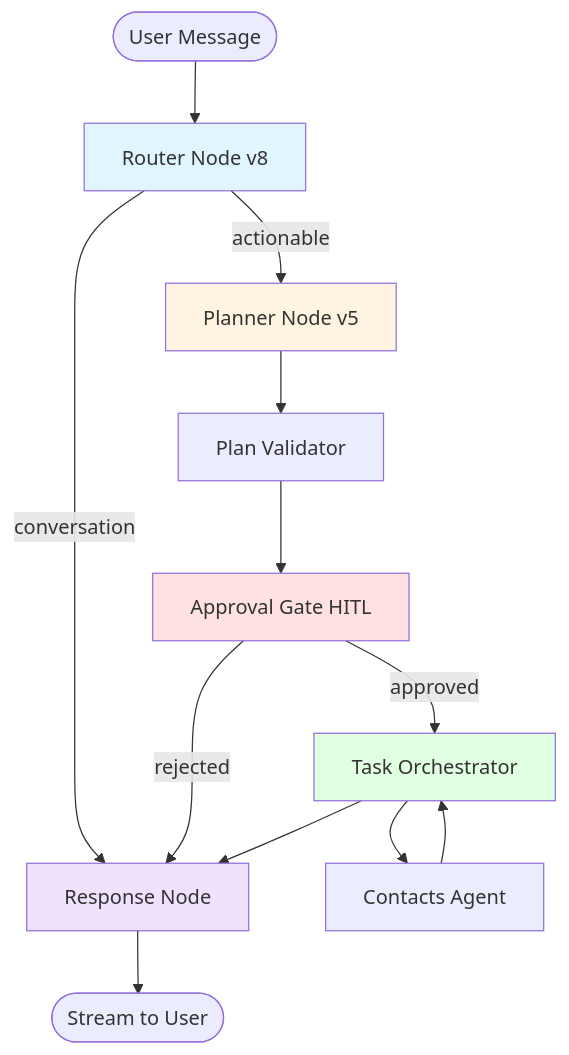
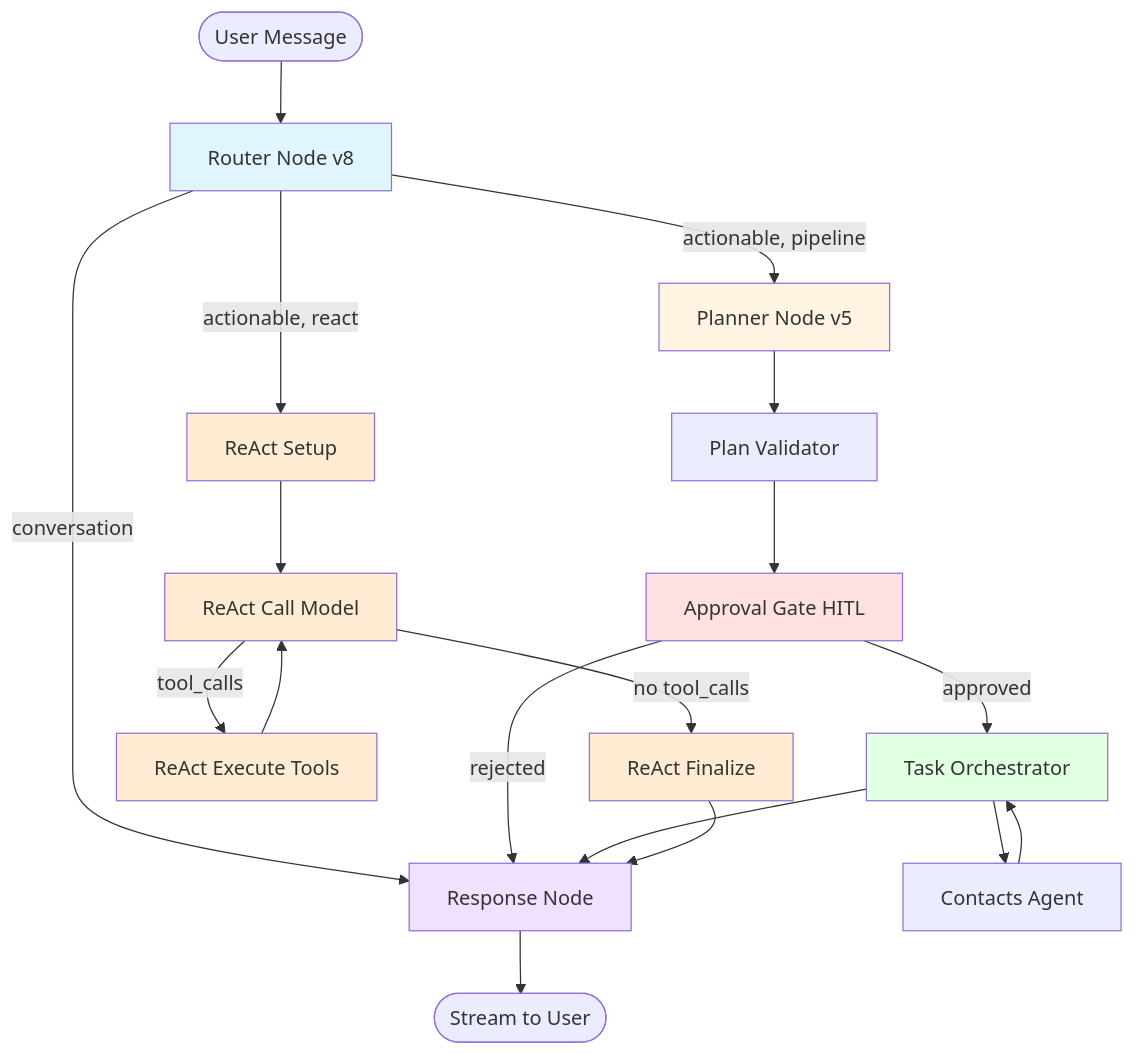
One commit to jgouviergmail/LIA-Assistant changed the diagram in docs/technical/GRAPH_AND_AGENTS_ARCHITECTURE.md. Above: the diagram before and after it, drawn with Mermaid. The commit also changed other lines of this file and 81 other files, not shown here.

````diff
--- a/docs/technical/GRAPH_AND_AGENTS_ARCHITECTURE.md
+++ b/docs/technical/GRAPH_AND_AGENTS_ARCHITECTURE.md
@@ -124,25 +124,37 @@
 ```mermaid
 graph TD
     START([User Message]) --> ROUTER[Router Node v8]
 
     ROUTER -->|conversation| RESPONSE[Response Node]
-    ROUTER -->|actionable| PLANNER[Planner Node v5]
+    ROUTER -->|actionable, pipeline| PLANNER[Planner Node v5]
+    ROUTER -->|actionable, react| REACT_SETUP[ReAct Setup]
 
     PLANNER --> VALIDATOR[Plan Validator]
     VALIDATOR --> APPROVAL[Approval Gate HITL]
 
     APPROVAL -->|approved| ORCHESTRATOR[Task Orchestrator]
     APPROVAL -->|rejected| RESPONSE
 
     ORCHESTRATOR --> CONTACTS[Contacts Agent]
     CONTACTS --> ORCHESTRATOR
 
     ORCHESTRATOR --> RESPONSE
+
+    REACT_SETUP --> REACT_LLM[ReAct Call Model]
+    REACT_LLM -->|tool_calls| REACT_TOOLS[ReAct Execute Tools]
+    REACT_LLM -->|no tool_calls| REACT_FIN[ReAct Finalize]
+    REACT_TOOLS --> REACT_LLM
+    REACT_FIN --> RESPONSE
+
     RESPONSE --> END([Stream to User])
 
     style ROUTER fill:#e1f5ff
     style PLANNER fill:#fff4e1
     style APPROVAL fill:#ffe1e1
     style ORCHESTRATOR fill:#e1ffe1
     style RESPONSE fill:#f0e1ff
+    style REACT_SETUP fill:#ffecd2
+    style REACT_LLM fill:#ffecd2
+    style REACT_TOOLS fill:#ffecd2
+    style REACT_FIN fill:#ffecd2
 ```
````
